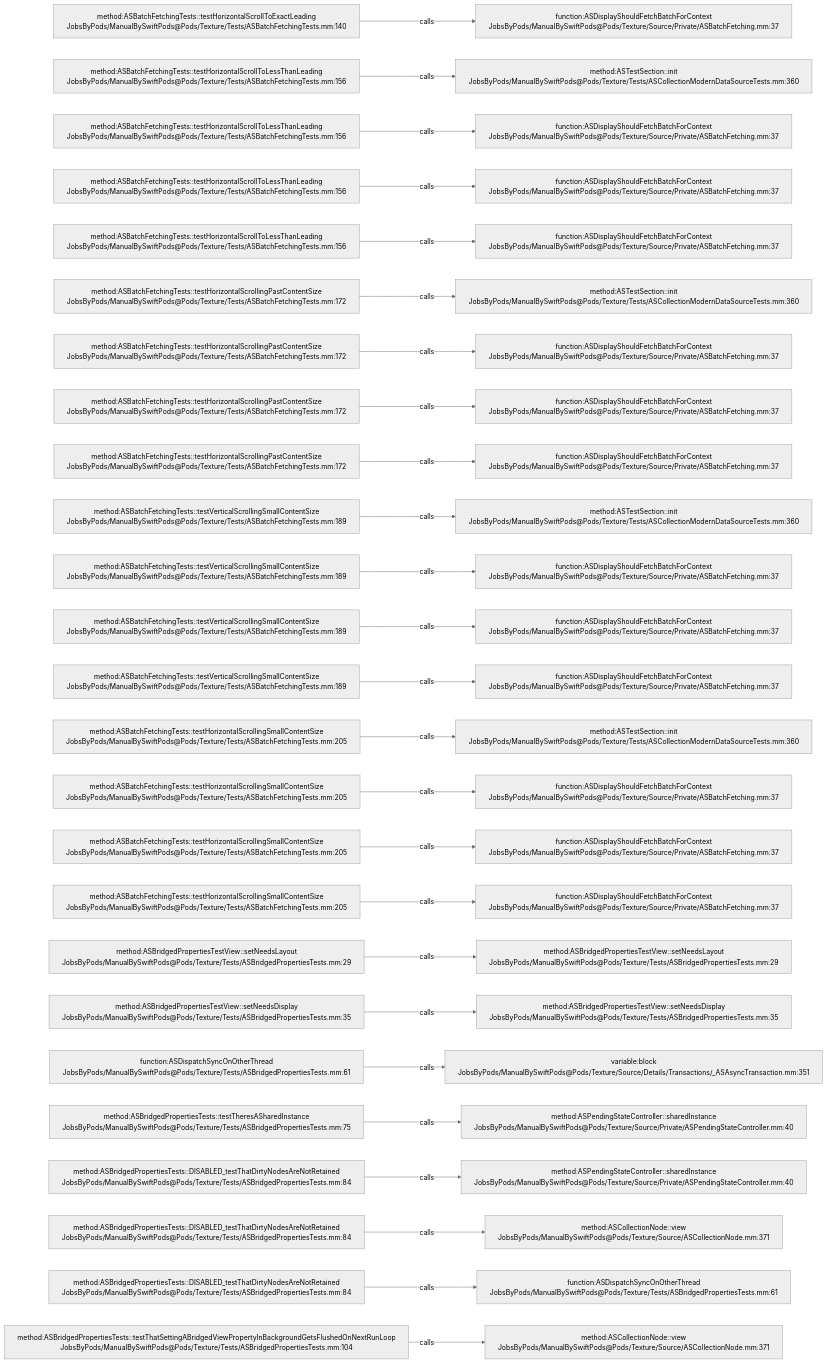
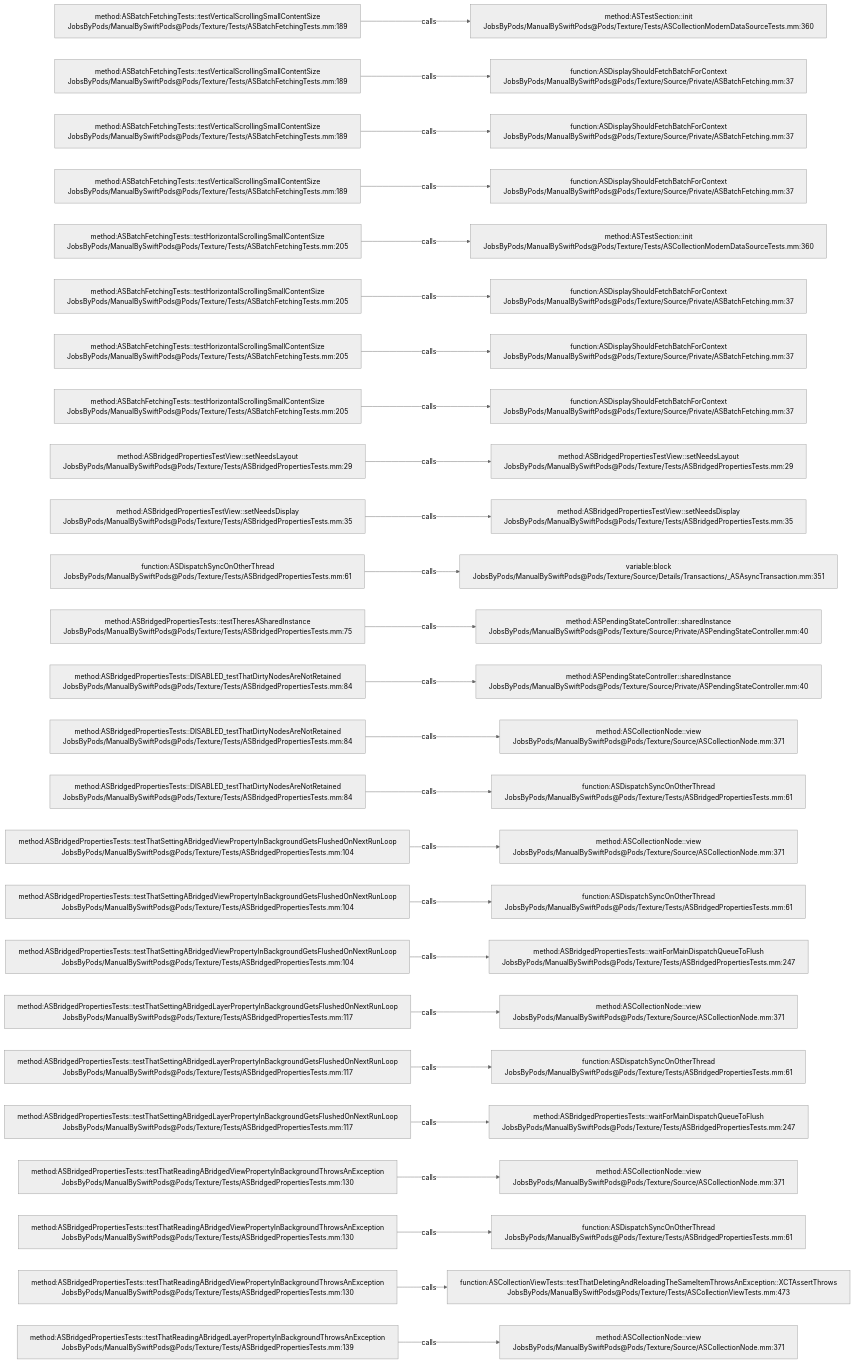
Before and after one commit to JobsKits/JobsSwiftBaseConfigDemo: the diagram in .codegraph/codegraph.md/graphs/calls-163.md, drawn with Mermaid (neutral theme). The commit also changed 707 other files, not shown here.

````diff
--- a/.codegraph/codegraph.md/graphs/calls-163.md
+++ b/.codegraph/codegraph.md/graphs/calls-163.md
@@ -13,78 +13,78 @@
 ```mermaid
 flowchart LR
-  S1["method:ASBatchFetchingTests::testHorizontalScrollToExactLeading<br/>JobsByPods/ManualBySwiftPods@Pods/Texture/Tests/ASBatchFetchingTests.mm:140"]
-  T1["function:ASDisplayShouldFetchBatchForContext<br/>JobsByPods/ManualBySwiftPods@Pods/Texture/Source/Private/ASBatchFetching.mm:37"]
+  S1["method:ASBatchFetchingTests::testVerticalScrollingSmallContentSize<br/>JobsByPods/ManualBySwiftPods@Pods/Texture/Tests/ASBatchFetchingTests.mm:189"]
+  T1["method:ASTestSection::init<br/>JobsByPods/ManualBySwiftPods@Pods/Texture/Tests/ASCollectionModernDataSourceTests.mm:360"]
   S1 -->|calls| T1
-  S2["method:ASBatchFetchingTests::testHorizontalScrollToLessThanLeading<br/>JobsByPods/ManualBySwiftPods@Pods/Texture/Tests/ASBatchFetchingTests.mm:156"]
-  T2["method:ASTestSection::init<br/>JobsByPods/ManualBySwiftPods@Pods/Texture/Tests/ASCollectionModernDataSourceTests.mm:360"]
+  S2["method:ASBatchFetchingTests::testVerticalScrollingSmallContentSize<br/>JobsByPods/ManualBySwiftPods@Pods/Texture/Tests/ASBatchFetchingTests.mm:189"]
+  T2["function:ASDisplayShouldFetchBatchForContext<br/>JobsByPods/ManualBySwiftPods@Pods/Texture/Source/Private/ASBatchFetching.mm:37"]
   S2 -->|calls| T2
-  S3["method:ASBatchFetchingTests::testHorizontalScrollToLessThanLeading<br/>JobsByPods/ManualBySwiftPods@Pods/Texture/Tests/ASBatchFetchingTests.mm:156"]
+  S3["method:ASBatchFetchingTests::testVerticalScrollingSmallContentSize<br/>JobsByPods/ManualBySwiftPods@Pods/Texture/Tests/ASBatchFetchingTests.mm:189"]
   T3["function:ASDisplayShouldFetchBatchForContext<br/>JobsByPods/ManualBySwiftPods@Pods/Texture/Source/Private/ASBatchFetching.mm:37"]
   S3 -->|calls| T3
-  S4["method:ASBatchFetchingTests::testHorizontalScrollToLessThanLeading<br/>JobsByPods/ManualBySwiftPods@Pods/Texture/Tests/ASBatchFetchingTests.mm:156"]
+  S4["method:ASBatchFetchingTests::testVerticalScrollingSmallContentSize<br/>JobsByPods/ManualBySwiftPods@Pods/Texture/Tests/ASBatchFetchingTests.mm:189"]
   T4["function:ASDisplayShouldFetchBatchForContext<br/>JobsByPods/ManualBySwiftPods@Pods/Texture/Source/Private/ASBatchFetching.mm:37"]
   S4 -->|calls| T4
-  S5["method:ASBatchFetchingTests::testHorizontalScrollToLessThanLeading<br/>JobsByPods/ManualBySwiftPods@Pods/Texture/Tests/ASBatchFetchingTests.mm:156"]
-  T5["function:ASDisplayShouldFetchBatchForContext<br/>JobsByPods/ManualBySwiftPods@Pods/Texture/Source/Private/ASBatchFetching.mm:37"]
+  S5["method:ASBatchFetchingTests::testHorizontalScrollingSmallContentSize<br/>JobsByPods/ManualBySwiftPods@Pods/Texture/Tests/ASBatchFetchingTests.mm:205"]
+  T5["method:ASTestSection::init<br/>JobsByPods/ManualBySwiftPods@Pods/Texture/Tests/ASCollectionModernDataSourceTests.mm:360"]
   S5 -->|calls| T5
-  S6["method:ASBatchFetchingTests::testHorizontalScrollingPastContentSize<br/>JobsByPods/ManualBySwiftPods@Pods/Texture/Tests/ASBatchFetchingTests.mm:172"]
-  T6["method:ASTestSection::init<br/>JobsByPods/ManualBySwiftPods@Pods/Texture/Tests/ASCollectionModernDataSourceTests.mm:360"]
+  S6["method:ASBatchFetchingTests::testHorizontalScrollingSmallContentSize<br/>JobsByPods/ManualBySwiftPods@Pods/Texture/Tests/ASBatchFetchingTests.mm:205"]
+  T6["function:ASDisplayShouldFetchBatchForContext<br/>JobsByPods/ManualBySwiftPods@Pods/Texture/Source/Private/ASBatchFetching.mm:37"]
   S6 -->|calls| T6
-  S7["method:ASBatchFetchingTests::testHorizontalScrollingPastContentSize<br/>JobsByPods/ManualBySwiftPods@Pods/Texture/Tests/ASBatchFetchingTests.mm:172"]
+  S7["method:ASBatchFetchingTests::testHorizontalScrollingSmallContentSize<br/>JobsByPods/ManualBySwiftPods@Pods/Texture/Tests/ASBatchFetchingTests.mm:205"]
   T7["function:ASDisplayShouldFetchBatchForContext<br/>JobsByPods/ManualBySwiftPods@Pods/Texture/Source/Private/ASBatchFetching.mm:37"]
   S7 -->|calls| T7
-  S8["method:ASBatchFetchingTests::testHorizontalScrollingPastContentSize<br/>JobsByPods/ManualBySwiftPods@Pods/Texture/Tests/ASBatchFetchingTests.mm:172"]
+  S8["method:ASBatchFetchingTests::testHorizontalScrollingSmallContentSize<br/>JobsByPods/ManualBySwiftPods@Pods/Texture/Tests/ASBatchFetchingTests.mm:205"]
   T8["function:ASDisplayShouldFetchBatchForContext<br/>JobsByPods/ManualBySwiftPods@Pods/Texture/Source/Private/ASBatchFetching.mm:37"]
   S8 -->|calls| T8
-  S9["method:ASBatchFetchingTests::testHorizontalScrollingPastContentSize<br/>JobsByPods/ManualBySwiftPods@Pods/Texture/Tests/ASBatchFetchingTests.mm:172"]
-  T9["function:ASDisplayShouldFetchBatchForContext<br/>JobsByPods/ManualBySwiftPods@Pods/Texture/Source/Private/ASBatchFetching.mm:37"]
+  S9["method:ASBridgedPropertiesTestView::setNeedsLayout<br/>JobsByPods/ManualBySwiftPods@Pods/Texture/Tests/ASBridgedPropertiesTests.mm:29"]
+  T9["method:ASBridgedPropertiesTestView::setNeedsLayout<br/>JobsByPods/ManualBySwiftPods@Pods/Texture/Tests/ASBridgedPropertiesTests.mm:29"]
   S9 -->|calls| T9
-  S10["method:ASBatchFetchingTests::testVerticalScrollingSmallContentSize<br/>JobsByPods/ManualBySwiftPods@Pods/Texture/Tests/ASBatchFetchingTests.mm:189"]
-  T10["method:ASTestSection::init<br/>JobsByPods/ManualBySwiftPods@Pods/Texture/Tests/ASCollectionModernDataSourceTests.mm:360"]
+  S10["method:ASBridgedPropertiesTestView::setNeedsDisplay<br/>JobsByPods/ManualBySwiftPods@Pods/Texture/Tests/ASBridgedPropertiesTests.mm:35"]
+  T10["method:ASBridgedPropertiesTestView::setNeedsDisplay<br/>JobsByPods/ManualBySwiftPods@Pods/Texture/Tests/ASBridgedPropertiesTests.mm:35"]
   S10 -->|calls| T10
-  S11["method:ASBatchFetchingTests::testVerticalScrollingSmallContentSize<br/>JobsByPods/ManualBySwiftPods@Pods/Texture/Tests/ASBatchFetchingTests.mm:189"]
-  T11["function:ASDisplayShouldFetchBatchForContext<br/>JobsByPods/ManualBySwiftPods@Pods/Texture/Source/Private/ASBatchFetching.mm:37"]
+  S11["function:ASDispatchSyncOnOtherThread<br/>JobsByPods/ManualBySwiftPods@Pods/Texture/Tests/ASBridgedPropertiesTests.mm:61"]
+  T11["variable:block<br/>JobsByPods/ManualBySwiftPods@Pods/Texture/Source/Details/Transactions/_ASAsyncTransaction.mm:351"]
   S11 -->|calls| T11
-  S12["method:ASBatchFetchingTests::testVerticalScrollingSmallContentSize<br/>JobsByPods/ManualBySwiftPods@Pods/Texture/Tests/ASBatchFetchingTests.mm:189"]
-  T12["function:ASDisplayShouldFetchBatchForContext<br/>JobsByPods/ManualBySwiftPods@Pods/Texture/Source/Private/ASBatchFetching.mm:37"]
+  S12["method:ASBridgedPropertiesTests::testTheresASharedInstance<br/>JobsByPods/ManualBySwiftPods@Pods/Texture/Tests/ASBridgedPropertiesTests.mm:75"]
+  T12["method:ASPendingStateController::sharedInstance<br/>JobsByPods/ManualBySwiftPods@Pods/Texture/Source/Private/ASPendingStateController.mm:40"]
   S12 -->|calls| T12
-  S13["method:ASBatchFetchingTests::testVerticalScrollingSmallContentSize<br/>JobsByPods/ManualBySwiftPods@Pods/Texture/Tests/ASBatchFetchingTests.mm:189"]
-  T13["function:ASDisplayShouldFetchBatchForContext<br/>JobsByPods/ManualBySwiftPods@Pods/Texture/Source/Private/ASBatchFetching.mm:37"]
+  S13["method:ASBridgedPropertiesTests::DISABLED_testThatDirtyNodesAreNotRetained<br/>JobsByPods/ManualBySwiftPods@Pods/Texture/Tests/ASBridgedPropertiesTests.mm:84"]
+  T13["method:ASPendingStateController::sharedInstance<br/>JobsByPods/ManualBySwiftPods@Pods/Texture/Source/Private/ASPendingStateController.mm:40"]
   S13 -->|calls| T13
-  S14["method:ASBatchFetchingTests::testHorizontalScrollingSmallContentSize<br/>JobsByPods/ManualBySwiftPods@Pods/Texture/Tests/ASBatchFetchingTests.mm:205"]
-  T14["method:ASTestSection::init<br/>JobsByPods/ManualBySwiftPods@Pods/Texture/Tests/ASCollectionModernDataSourceTests.mm:360"]
+  S14["method:ASBridgedPropertiesTests::DISABLED_testThatDirtyNodesAreNotRetained<br/>JobsByPods/ManualBySwiftPods@Pods/Texture/Tests/ASBridgedPropertiesTests.mm:84"]
+  T14["method:ASCollectionNode::view<br/>JobsByPods/ManualBySwiftPods@Pods/Texture/Source/ASCollectionNode.mm:371"]
   S14 -->|calls| T14
-  S15["method:ASBatchFetchingTests::testHorizontalScrollingSmallContentSize<br/>JobsByPods/ManualBySwiftPods@Pods/Texture/Tests/ASBatchFetchingTests.mm:205"]
-  T15["function:ASDisplayShouldFetchBatchForContext<br/>JobsByPods/ManualBySwiftPods@Pods/Texture/Source/Private/ASBatchFetching.mm:37"]
+  S15["method:ASBridgedPropertiesTests::DISABLED_testThatDirtyNodesAreNotRetained<br/>JobsByPods/ManualBySwiftPods@Pods/Texture/Tests/ASBridgedPropertiesTests.mm:84"]
+  T15["function:ASDispatchSyncOnOtherThread<br/>JobsByPods/ManualBySwiftPods@Pods/Texture/Tests/ASBridgedPropertiesTests.mm:61"]
   S15 -->|calls| T15
-  S16["method:ASBatchFetchingTests::testHorizontalScrollingSmallContentSize<br/>JobsByPods/ManualBySwiftPods@Pods/Texture/Tests/ASBatchFetchingTests.mm:205"]
-  T16["function:ASDisplayShouldFetchBatchForContext<br/>JobsByPods/ManualBySwiftPods@Pods/Texture/Source/Private/ASBatchFetching.mm:37"]
+  S16["method:ASBridgedPropertiesTests::testThatSettingABridgedViewPropertyInBackgroundGetsFlushedOnNextRunLoop<br/>JobsByPods/ManualBySwiftPods@Pods/Texture/Tests/ASBridgedPropertiesTests.mm:104"]
+  T16["method:ASCollectionNode::view<br/>JobsByPods/ManualBySwiftPods@Pods/Texture/Source/ASCollectionNode.mm:371"]
   S16 -->|calls| T16
-  S17["method:ASBatchFetchingTests::testHorizontalScrollingSmallContentSize<br/>JobsByPods/ManualBySwiftPods@Pods/Texture/Tests/ASBatchFetchingTests.mm:205"]
-  T17["function:ASDisplayShouldFetchBatchForContext<br/>JobsByPods/ManualBySwiftPods@Pods/Texture/Source/Private/ASBatchFetching.mm:37"]
+  S17["method:ASBridgedPropertiesTests::testThatSettingABridgedViewPropertyInBackgroundGetsFlushedOnNextRunLoop<br/>JobsByPods/ManualBySwiftPods@Pods/Texture/Tests/ASBridgedPropertiesTests.mm:104"]
+  T17["function:ASDispatchSyncOnOtherThread<br/>JobsByPods/ManualBySwiftPods@Pods/Texture/Tests/ASBridgedPropertiesTests.mm:61"]
   S17 -->|calls| T17
-  S18["method:ASBridgedPropertiesTestView::setNeedsLayout<br/>JobsByPods/ManualBySwiftPods@Pods/Texture/Tests/ASBridgedPropertiesTests.mm:29"]
-  T18["method:ASBridgedPropertiesTestView::setNeedsLayout<br/>JobsByPods/ManualBySwiftPods@Pods/Texture/Tests/ASBridgedPropertiesTests.mm:29"]
+  S18["method:ASBridgedPropertiesTests::testThatSettingABridgedViewPropertyInBackgroundGetsFlushedOnNextRunLoop<br/>JobsByPods/ManualBySwiftPods@Pods/Texture/Tests/ASBridgedPropertiesTests.mm:104"]
+  T18["method:ASBridgedPropertiesTests::waitForMainDispatchQueueToFlush<br/>JobsByPods/ManualBySwiftPods@Pods/Texture/Tests/ASBridgedPropertiesTests.mm:247"]
   S18 -->|calls| T18
-  S19["method:ASBridgedPropertiesTestView::setNeedsDisplay<br/>JobsByPods/ManualBySwiftPods@Pods/Texture/Tests/ASBridgedPropertiesTests.mm:35"]
-  T19["method:ASBridgedPropertiesTestView::setNeedsDisplay<br/>JobsByPods/ManualBySwiftPods@Pods/Texture/Tests/ASBridgedPropertiesTests.mm:35"]
+  S19["method:ASBridgedPropertiesTests::testThatSettingABridgedLayerPropertyInBackgroundGetsFlushedOnNextRunLoop<br/>JobsByPods/ManualBySwiftPods@Pods/Texture/Tests/ASBridgedPropertiesTests.mm:117"]
+  T19["method:ASCollectionNode::view<br/>JobsByPods/ManualBySwiftPods@Pods/Texture/Source/ASCollectionNode.mm:371"]
   S19 -->|calls| T19
-  S20["function:ASDispatchSyncOnOtherThread<br/>JobsByPods/ManualBySwiftPods@Pods/Texture/Tests/ASBridgedPropertiesTests.mm:61"]
-  T20["variable:block<br/>JobsByPods/ManualBySwiftPods@Pods/Texture/Source/Details/Transactions/_ASAsyncTransaction.mm:351"]
+  S20["method:ASBridgedPropertiesTests::testThatSettingABridgedLayerPropertyInBackgroundGetsFlushedOnNextRunLoop<br/>JobsByPods/ManualBySwiftPods@Pods/Texture/Tests/ASBridgedPropertiesTests.mm:117"]
+  T20["function:ASDispatchSyncOnOtherThread<br/>JobsByPods/ManualBySwiftPods@Pods/Texture/Tests/ASBridgedPropertiesTests.mm:61"]
   S20 -->|calls| T20
-  S21["method:ASBridgedPropertiesTests::testTheresASharedInstance<br/>JobsByPods/ManualBySwiftPods@Pods/Texture/Tests/ASBridgedPropertiesTests.mm:75"]
-  T21["method:ASPendingStateController::sharedInstance<br/>JobsByPods/ManualBySwiftPods@Pods/Texture/Source/Private/ASPendingStateController.mm:40"]
+  S21["method:ASBridgedPropertiesTests::testThatSettingABridgedLayerPropertyInBackgroundGetsFlushedOnNextRunLoop<br/>JobsByPods/ManualBySwiftPods@Pods/Texture/Tests/ASBridgedPropertiesTests.mm:117"]
+  T21["method:ASBridgedPropertiesTests::waitForMainDispatchQueueToFlush<br/>JobsByPods/ManualBySwiftPods@Pods/Texture/Tests/ASBridgedPropertiesTests.mm:247"]
   S21 -->|calls| T21
-  S22["method:ASBridgedPropertiesTests::DISABLED_testThatDirtyNodesAreNotRetained<br/>JobsByPods/ManualBySwiftPods@Pods/Texture/Tests/ASBridgedPropertiesTests.mm:84"]
-  T22["method:ASPendingStateController::sharedInstance<br/>JobsByPods/ManualBySwiftPods@Pods/Texture/Source/Private/ASPendingStateController.mm:40"]
+  S22["method:ASBridgedPropertiesTests::testThatReadingABridgedViewPropertyInBackgroundThrowsAnException<br/>JobsByPods/ManualBySwiftPods@Pods/Texture/Tests/ASBridgedPropertiesTests.mm:130"]
+  T22["method:ASCollectionNode::view<br/>JobsByPods/ManualBySwiftPods@Pods/Texture/Source/ASCollectionNode.mm:371"]
   S22 -->|calls| T22
-  S23["method:ASBridgedPropertiesTests::DISABLED_testThatDirtyNodesAreNotRetained<br/>JobsByPods/ManualBySwiftPods@Pods/Texture/Tests/ASBridgedPropertiesTests.mm:84"]
-  T23["method:ASCollectionNode::view<br/>JobsByPods/ManualBySwiftPods@Pods/Texture/Source/ASCollectionNode.mm:371"]
+  S23["method:ASBridgedPropertiesTests::testThatReadingABridgedViewPropertyInBackgroundThrowsAnException<br/>JobsByPods/ManualBySwiftPods@Pods/Texture/Tests/ASBridgedPropertiesTests.mm:130"]
+  T23["function:ASDispatchSyncOnOtherThread<br/>JobsByPods/ManualBySwiftPods@Pods/Texture/Tests/ASBridgedPropertiesTests.mm:61"]
   S23 -->|calls| T23
-  S24["method:ASBridgedPropertiesTests::DISABLED_testThatDirtyNodesAreNotRetained<br/>JobsByPods/ManualBySwiftPods@Pods/Texture/Tests/ASBridgedPropertiesTests.mm:84"]
-  T24["function:ASDispatchSyncOnOtherThread<br/>JobsByPods/ManualBySwiftPods@Pods/Texture/Tests/ASBridgedPropertiesTests.mm:61"]
+  S24["method:ASBridgedPropertiesTests::testThatReadingABridgedViewPropertyInBackgroundThrowsAnException<br/>JobsByPods/ManualBySwiftPods@Pods/Texture/Tests/ASBridgedPropertiesTests.mm:130"]
+  T24["function:ASCollectionViewTests::testThatDeletingAndReloadingTheSameItemThrowsAnException::XCTAssertThrows<br/>JobsByPods/ManualBySwiftPods@Pods/Texture/Tests/ASCollectionViewTests.mm:473"]
   S24 -->|calls| T24
-  S25["method:ASBridgedPropertiesTests::testThatSettingABridgedViewPropertyInBackgroundGetsFlushedOnNextRunLoop<br/>JobsByPods/ManualBySwiftPods@Pods/Texture/Tests/ASBridgedPropertiesTests.mm:104"]
+  S25["method:ASBridgedPropertiesTests::testThatReadingABridgedLayerPropertyInBackgroundThrowsAnException<br/>JobsByPods/ManualBySwiftPods@Pods/Texture/Tests/ASBridgedPropertiesTests.mm:139"]
   T25["method:ASCollectionNode::view<br/>JobsByPods/ManualBySwiftPods@Pods/Texture/Source/ASCollectionNode.mm:371"]
   S25 -->|calls| T25
 ```
````
